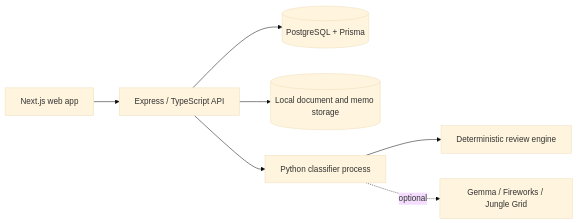
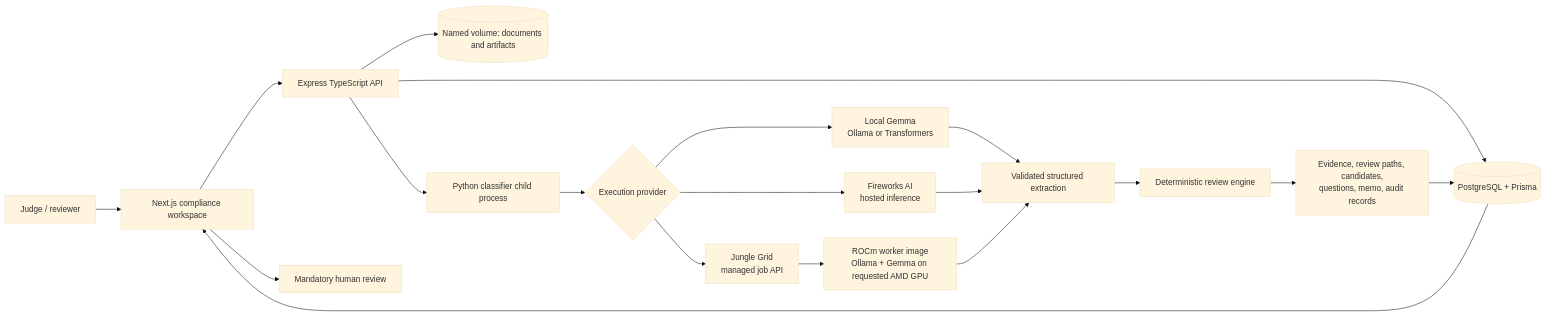
One commit to Jungle-Grid/substrata changed the diagram in README.md. Above: the diagram before and after it, drawn with Mermaid (base theme). The commit also changed other lines of this file, not shown here.

Commit message:
Reframe README for AMD AI Hackathon

````diff
--- a/README.md
+++ b/README.md
@@ -47,9 +79,23 @@
 ```mermaid
 flowchart LR
-    Browser[Next.js web app] --> API[Express / TypeScript API]
+    Judge[Judge / reviewer] --> Web[Next.js compliance workspace]
+    Web --> API[Express TypeScript API]
     API --> DB[(PostgreSQL + Prisma)]
-    API --> Storage[(Local document and memo storage)]
-    API --> Worker[Python classifier process]
-    Worker --> Engine[Deterministic review engine]
-    Worker -. optional .-> Providers[Gemma / Fireworks / Jungle Grid]
+    API --> Storage[(Named volume: documents and artifacts)]
+    API --> Worker[Python classifier child process]
+
+    Worker --> Router{Execution provider}
+    Router --> Local[Local Gemma<br/>Ollama or Transformers]
+    Router --> FW[Fireworks AI<br/>hosted inference]
+    Router --> JG[Jungle Grid<br/>managed job API]
+    JG --> ROCm[ROCm worker image<br/>Ollama + Gemma on requested AMD GPU]
+
+    Local --> Extraction[Validated structured extraction]
+    FW --> Extraction
+    ROCm --> Extraction
+    Extraction --> Engine[Deterministic review engine]
+    Engine --> Package[Evidence, review paths, candidates,<br/>questions, memo, audit records]
+    Package --> DB
+    DB --> Web
+    Web --> Human[Mandatory human review]
 ```
````
